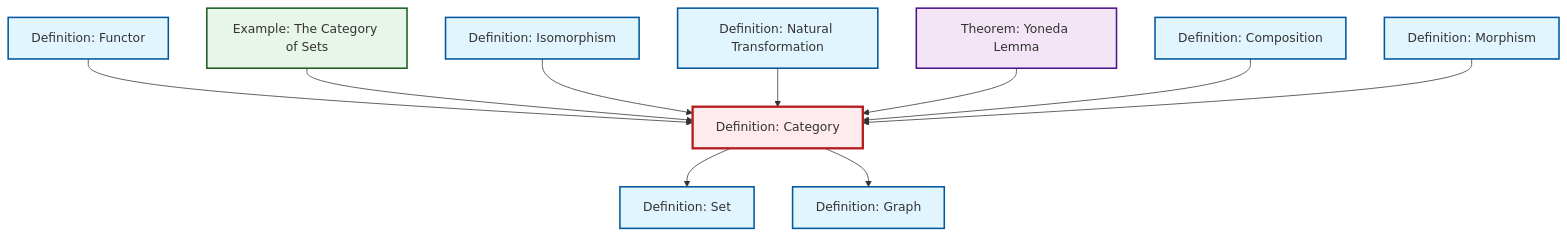
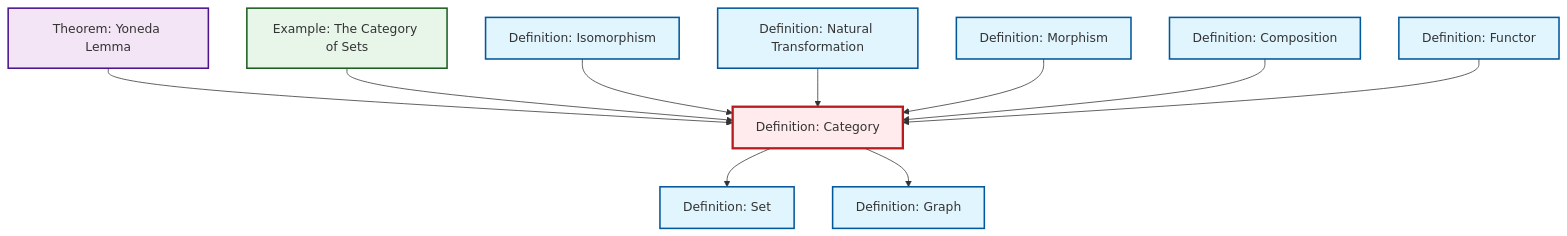
One commit to RK0429/ModernMath changed the diagram in content/ja/category-theory/def-category.qmd. Above: the diagram before and after it, drawn with Mermaid. The commit also changed other lines of this file and 554 other files, not shown here.

````diff
--- a/content/ja/category-theory/def-category.qmd
+++ b/content/ja/category-theory/def-category.qmd
@@ -48,38 +48,38 @@
 ```{mermaid}
 %%| fig-cap: "Local dependency graph"
 graph TD
     classDef definition fill:#e1f5fe,stroke:#01579b,stroke-width:2px
     classDef theorem fill:#f3e5f5,stroke:#4a148c,stroke-width:2px
     classDef axiom fill:#fff3e0,stroke:#e65100,stroke-width:2px
     classDef example fill:#e8f5e9,stroke:#1b5e20,stroke-width:2px
     classDef current fill:#ffebee,stroke:#b71c1c,stroke-width:3px
+    def-functor["Definition: Functor"]:::definition
+    ex-set-category["Example: The Category of Sets"]:::example
+    def-category["Definition: Category"]:::definition
+    def-natural-transformation["Definition: Natural Transformation"]:::definition
+    thm-yoneda["Theorem: Yoneda Lemma"]:::theorem
     def-set["Definition: Set"]:::definition
-    def-natural-transformation["Definition: Natural Transformation"]:::definition
+    def-composition["Definition: Composition"]:::definition
+    def-isomorphism["Definition: Isomorphism"]:::definition
     def-morphism["Definition: Morphism"]:::definition
-    def-functor["Definition: Functor"]:::definition
-    thm-yoneda["Theorem: Yoneda Lemma"]:::theorem
-    def-category["Definition: Category"]:::definition
-    ex-set-category["Example: The Category of Sets"]:::example
-    def-composition["Definition: Composition"]:::definition
     def-graph["Definition: Graph"]:::definition
-    def-isomorphism["Definition: Isomorphism"]:::definition
+    thm-yoneda --> def-category
+    ex-set-category --> def-category
     def-category --> def-set
-    def-functor --> def-category
-    ex-set-category --> def-category
-    def-category --> def-graph
     def-isomorphism --> def-category
     def-natural-transformation --> def-category
-    thm-yoneda --> def-category
+    def-morphism --> def-category
     def-composition --> def-category
-    def-morphism --> def-category
+    def-functor --> def-category
+    def-category --> def-graph
     class def-category current
+    click def-functor "def-functor.html" "Definition: Functorへ"
+    click ex-set-category "ex-set-category.html" "Example: The Category of Setsへ"
+    click def-natural-transformation "def-natural-transformation.html" "Definition: Natural Transformationへ"
+    click thm-yoneda "thm-yoneda.html" "Theorem: Yoneda Lemmaへ"
     click def-set "def-set.html" "Definition: Setへ"
-    click def-natural-transformation "def-natural-transformation.html" "Definition: Natural Transformationへ"
+    click def-composition "def-composition.html" "Definition: Compositionへ"
+    click def-isomorphism "def-isomorphism.html" "Definition: Isomorphismへ"
     click def-morphism "def-morphism.html" "Definition: Morphismへ"
-    click def-functor "def-functor.html" "Definition: Functorへ"
-    click thm-yoneda "thm-yoneda.html" "Theorem: Yoneda Lemmaへ"
-    click ex-set-category "ex-set-category.html" "Example: The Category of Setsへ"
-    click def-composition "def-composition.html" "Definition: Compositionへ"
     click def-graph "def-graph.html" "Definition: Graphへ"
-    click def-isomorphism "def-isomorphism.html" "Definition: Isomorphismへ"
 ```
````
